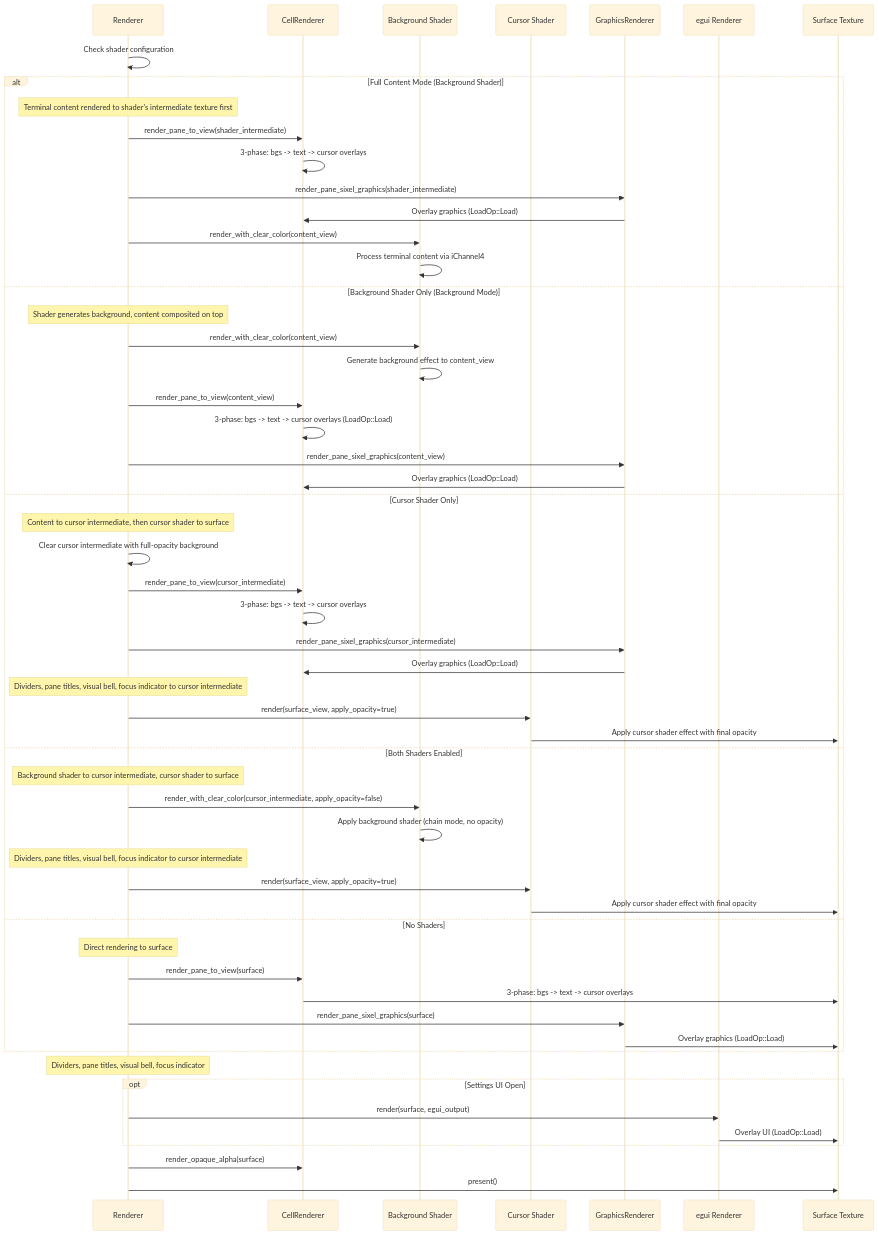
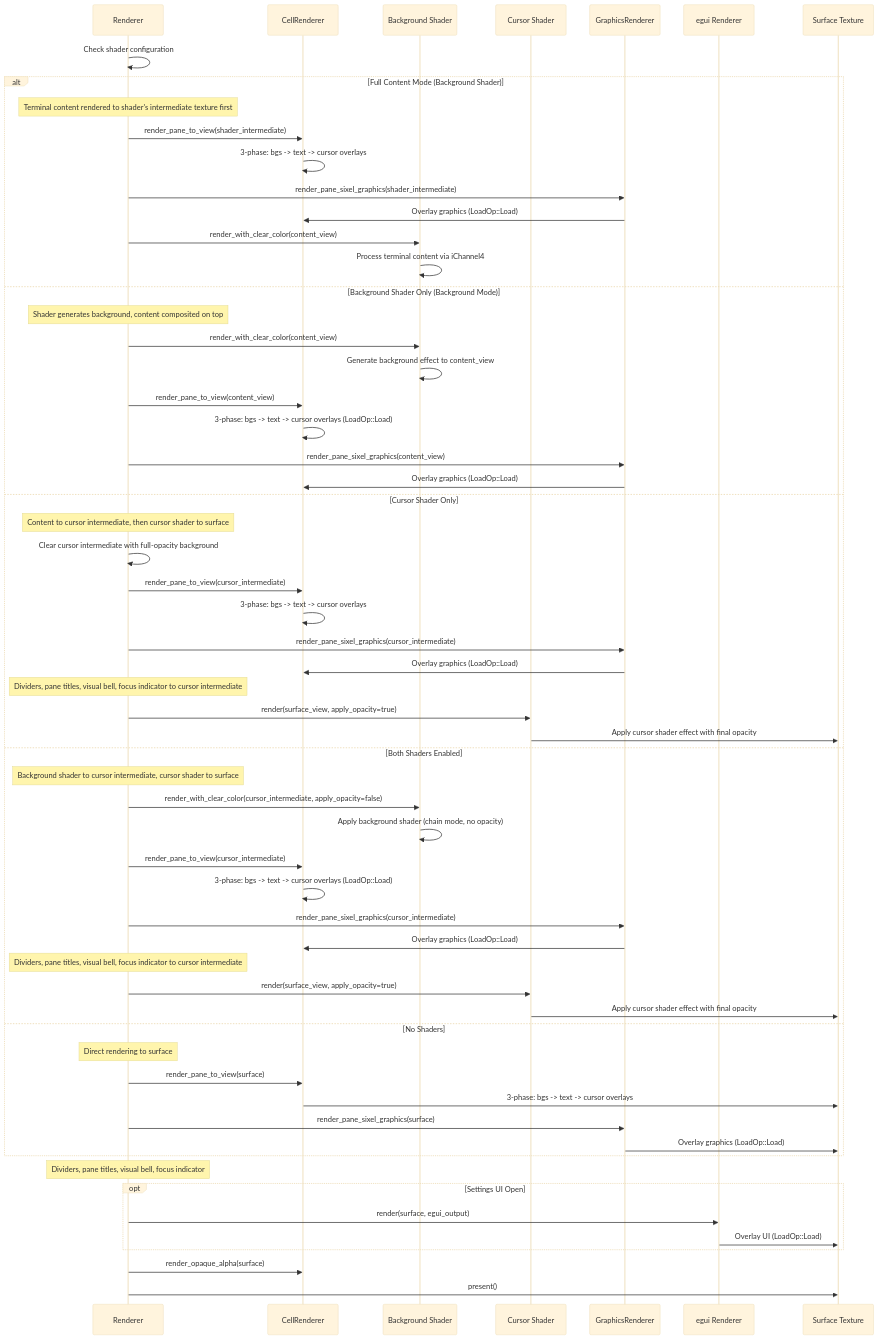
One commit to paulrobello/par-term changed the second of 5 diagrams in docs/architecture/COMPOSITOR.md. Above: the diagram before and after it, drawn with Mermaid (base theme). The commit also changed other lines of this file and 27 other files, not shown here.

````diff
--- a/docs/architecture/COMPOSITOR.md
+++ b/docs/architecture/COMPOSITOR.md
@@ -88,63 +88,67 @@
 ```mermaid
 sequenceDiagram
     participant Renderer as Renderer
     participant CR as CellRenderer
     participant BSR as Background Shader
     participant CSR as Cursor Shader
     participant GR as GraphicsRenderer
     participant Egui as egui Renderer
     participant Surface as Surface Texture
 
     Renderer->>Renderer: Check shader configuration
 
     alt Full Content Mode (Background Shader)
         Note over Renderer: Terminal content rendered to shader's intermediate texture first
         Renderer->>CR: render_pane_to_view(shader_intermediate)
         CR->>CR: 3-phase: bgs -> text -> cursor overlays
         Renderer->>GR: render_pane_sixel_graphics(shader_intermediate)
         GR->>CR: Overlay graphics (LoadOp::Load)
         Renderer->>BSR: render_with_clear_color(content_view)
         BSR->>BSR: Process terminal content via iChannel4
     else Background Shader Only (Background Mode)
         Note over Renderer: Shader generates background, content composited on top
         Renderer->>BSR: render_with_clear_color(content_view)
         BSR->>BSR: Generate background effect to content_view
         Renderer->>CR: render_pane_to_view(content_view)
         CR->>CR: 3-phase: bgs -> text -> cursor overlays (LoadOp::Load)
         Renderer->>GR: render_pane_sixel_graphics(content_view)
         GR->>CR: Overlay graphics (LoadOp::Load)
     else Cursor Shader Only
         Note over Renderer: Content to cursor intermediate, then cursor shader to surface
         Renderer->>Renderer: Clear cursor intermediate with full-opacity background
         Renderer->>CR: render_pane_to_view(cursor_intermediate)
         CR->>CR: 3-phase: bgs -> text -> cursor overlays
         Renderer->>GR: render_pane_sixel_graphics(cursor_intermediate)
         GR->>CR: Overlay graphics (LoadOp::Load)
         Note over Renderer: Dividers, pane titles, visual bell, focus indicator to cursor intermediate
         Renderer->>CSR: render(surface_view, apply_opacity=true)
         CSR->>Surface: Apply cursor shader effect with final opacity
     else Both Shaders Enabled
         Note over Renderer: Background shader to cursor intermediate, cursor shader to surface
         Renderer->>BSR: render_with_clear_color(cursor_intermediate, apply_opacity=false)
         BSR->>BSR: Apply background shader (chain mode, no opacity)
+        Renderer->>CR: render_pane_to_view(cursor_intermediate)
+        CR->>CR: 3-phase: bgs -> text -> cursor overlays (LoadOp::Load)
+        Renderer->>GR: render_pane_sixel_graphics(cursor_intermediate)
+        GR->>CR: Overlay graphics (LoadOp::Load)
         Note over Renderer: Dividers, pane titles, visual bell, focus indicator to cursor intermediate
         Renderer->>CSR: render(surface_view, apply_opacity=true)
         CSR->>Surface: Apply cursor shader effect with final opacity
     else No Shaders
         Note over Renderer: Direct rendering to surface
         Renderer->>CR: render_pane_to_view(surface)
         CR->>Surface: 3-phase: bgs -> text -> cursor overlays
         Renderer->>GR: render_pane_sixel_graphics(surface)
         GR->>Surface: Overlay graphics (LoadOp::Load)
     end
 
     Note over Renderer: Dividers, pane titles, visual bell, focus indicator
 
     opt Settings UI Open
         Renderer->>Egui: render(surface, egui_output)
         Egui->>Surface: Overlay UI (LoadOp::Load)
     end
 
     Renderer->>CR: render_opaque_alpha(surface)
     Renderer->>Surface: present()
 ```
````
